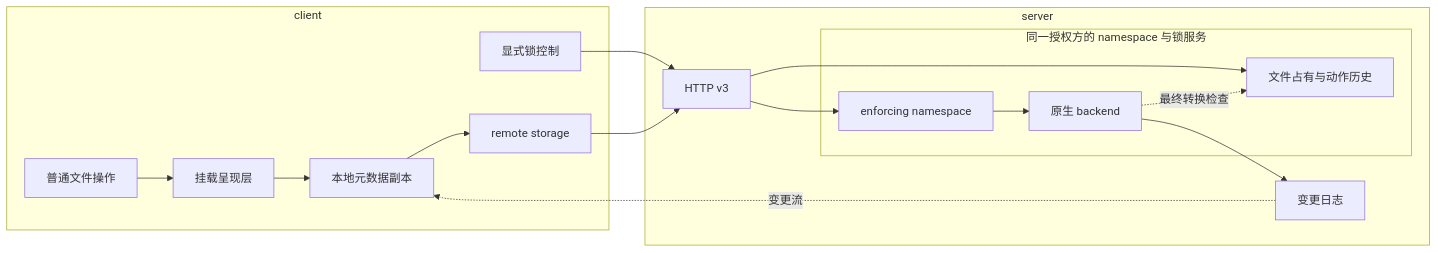
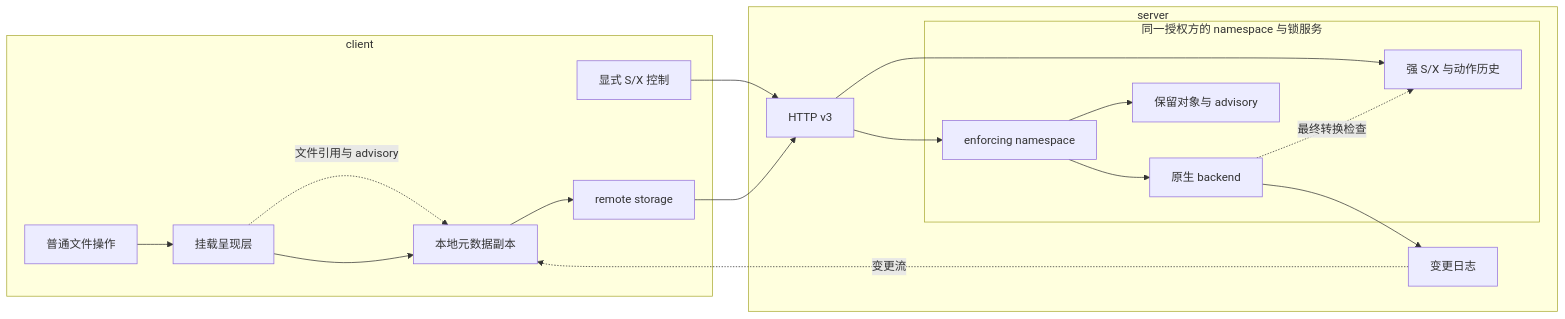
The diagram in docs/design/architecture.md (codetreker/remote-fs), drawn with Mermaid before and after one commit. The commit also changed other lines of this file and 151 other files, not shown here.

````diff
--- a/docs/design/architecture.md
+++ b/docs/design/architecture.md
@@ -17,23 +17,26 @@
 ```mermaid
 flowchart LR
     subgraph client[client]
         App[普通文件操作] --> Fuse[挂载呈现层]
         Fuse --> Replica[本地元数据副本]
         Replica --> Remote[remote storage]
-        SDK[显式锁控制]
+        SDK[显式 S/X 控制]
+        Fuse -. 文件引用与 advisory .-> Replica
     end
     subgraph server[server]
         HTTP[HTTP v3]
         subgraph Pair[同一授权方的 namespace 与锁服务]
             Namespace[enforcing namespace] --> Backend[原生 backend]
-            Authority[文件占有与动作历史]
+            Authority[强 S/X 与动作历史]
+            Files[保留对象与 advisory]
+            Namespace --> Files
             Backend -. 最终转换检查 .-> Authority
         end
         HTTP --> Namespace
         HTTP --> Authority
         Backend --> Log[变更日志]
     end
     Remote --> HTTP
     SDK --> HTTP
     Log -. 变更流 .-> Replica
 ```
````
